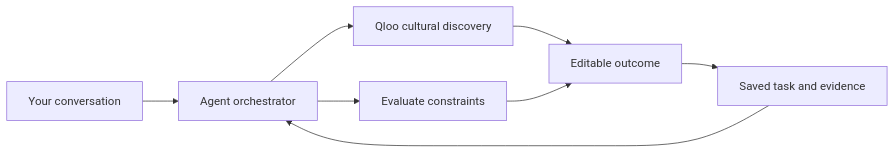
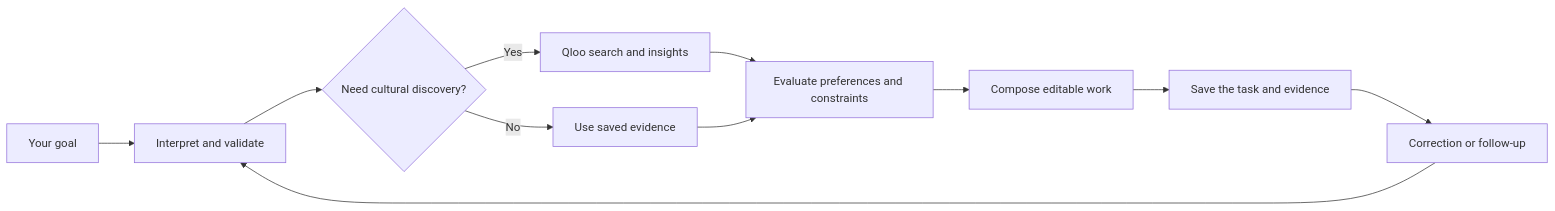
Before and after one commit to Davemafy/igor-agent: the first of 5 diagrams in README.md, drawn with Mermaid. The commit also changed other lines of this file and 4 other files, not shown here.

First line of the commit message:
docs(submission): curate judge README and Qloo evidence dossier from ighor

````diff
--- a/README.md
+++ b/README.md
@@ -92,10 +89,13 @@
 ```mermaid
 flowchart LR
-    A[Your conversation] --> B[Agent orchestrator]
-    B --> C[Qloo cultural discovery]
-    B --> D[Evaluate constraints]
-    C --> E[Editable outcome]
-    D --> E
-    E --> F[Saved task and evidence]
-    F --> B
+    A["Your goal"] --> B["Interpret and validate"]
+    B --> C{"Need cultural discovery?"}
+    C -- Yes --> D["Qloo search and insights"]
+    C -- No --> E["Use saved evidence"]
+    D --> F["Evaluate preferences and constraints"]
+    E --> F
+    F --> G["Compose editable work"]
+    G --> H["Save the task and evidence"]
+    H --> I["Correction or follow-up"]
+    I --> B
 ```
````
